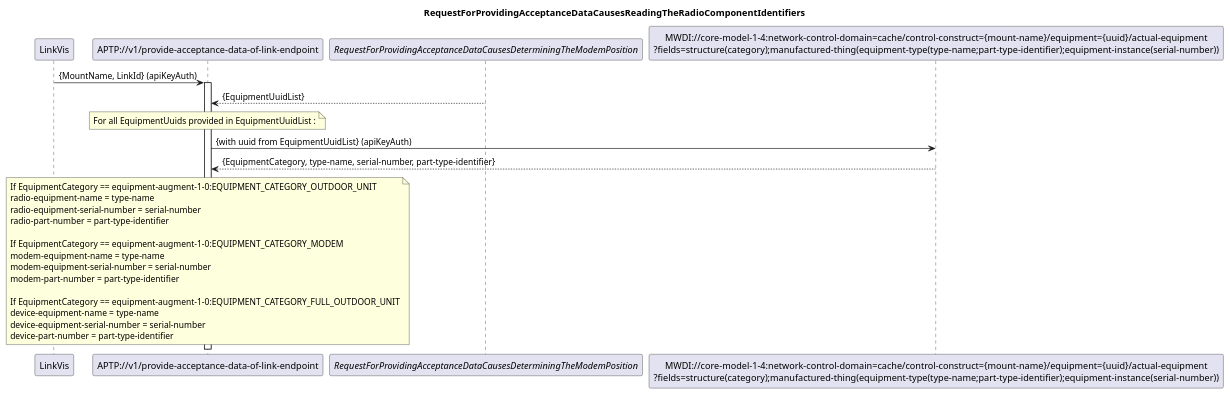
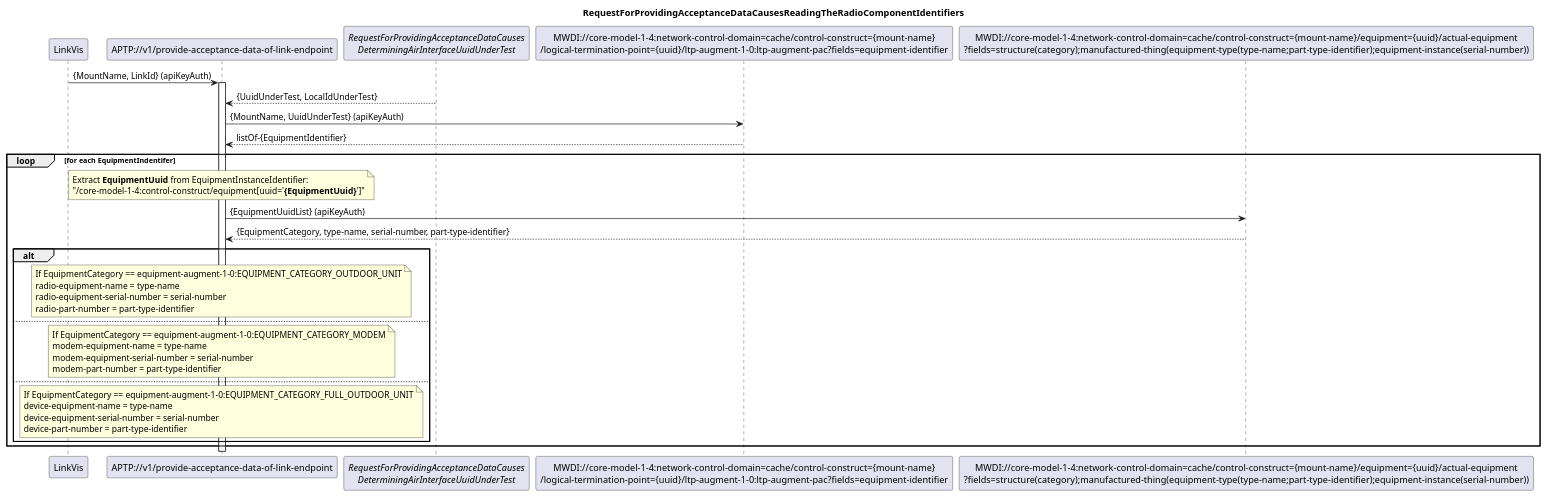
One commit to openBackhaul/AccessPlanningToolProxy changed the diagram in spec/diagrams/ProvideAcceptanceDataOfLinkEndpoint/160_radioComponentIdentifiers.plantuml. Above: the diagram before and after it, drawn with PlantUML. The commit also changed 3 other files, not shown here.

Commit message:
Replace deprecated ONF equipment leafrefs with equivalent instanceIdentifiers at ReadingTheRadioComponentIdentifiers

```diff
--- a/spec/diagrams/ProvideAcceptanceDataOfLinkEndpoint/160_radioComponentIdentifiers.plantuml
+++ b/spec/diagrams/ProvideAcceptanceDataOfLinkEndpoint/160_radioComponentIdentifiers.plantuml
@@ -1,42 +1,57 @@
 @startuml 160_radioComponentIdentifiers
 skinparam responseMessageBelowArrow true
 
 title
 RequestForProvidingAcceptanceDataCausesReadingTheRadioComponentIdentifiers
 end title
 
 participant "LinkVis" as LinkVis
 participant "APTP://v1/provide-acceptance-data-of-link-endpoint" as APTP
-participant "<i>RequestForProvidingAcceptanceDataCausesDeterminingTheModemPosition</i>" as EquipmentUuid
+participant "<i>RequestForProvidingAcceptanceDataCauses\n<i>DeterminingAirInterfaceUuidUnderTest</i>" as AirInterface
+participant "MWDI://core-model-1-4:network-control-domain=cache/control-construct={mount-name}\n/logical-termination-point={uuid}/ltp-augment-1-0:ltp-augment-pac?fields=equipment-identifier" as EquipmentIdentifier
 participant "MWDI://core-model-1-4:network-control-domain=cache/control-construct={mount-name}/equipment={uuid}/actual-equipment\n?fields=structure(category);manufactured-thing(equipment-type(type-name;part-type-identifier);equipment-instance(serial-number))" as RadioComponentIdentifiers
 
 LinkVis -> APTP: {MountName, LinkId} (apiKeyAuth)
 activate APTP
 
-EquipmentUuid --> APTP: {EquipmentUuidList}
+AirInterface --> APTP: {UuidUnderTest, LocalIdUnderTest}
 
-note over APTP
-For all EquipmentUuids provided in EquipmentUuidList :
-end note
+APTP -> EquipmentIdentifier: {MountName, UuidUnderTest} (apiKeyAuth)
+EquipmentIdentifier --> APTP: listOf-{EquipmentIdentifier}
 
-APTP -> RadioComponentIdentifiers: {with uuid from EquipmentUuidList} (apiKeyAuth)
-RadioComponentIdentifiers --> APTP: {EquipmentCategory, type-name, serial-number, part-type-identifier}
+loop for each EquipmentIndentifer
 
-note over APTP
-If EquipmentCategory == equipment-augment-1-0:EQUIPMENT_CATEGORY_OUTDOOR_UNIT
-radio-equipment-name = type-name
-radio-equipment-serial-number = serial-number
-radio-part-number = part-type-identifier
+    note over APTP
+        Extract **EquipmentUuid** from EquipmentInstanceIdentifier:
+        "/core-model-1-4:control-construct/equipment[uuid='**{EquipmentUuid}**']"
+    end note
 
-If EquipmentCategory == equipment-augment-1-0:EQUIPMENT_CATEGORY_MODEM
-modem-equipment-name = type-name
-modem-equipment-serial-number = serial-number
-modem-part-number = part-type-identifier
+    APTP -> RadioComponentIdentifiers: {EquipmentUuidList} (apiKeyAuth)
+    RadioComponentIdentifiers --> APTP: {EquipmentCategory, type-name, serial-number, part-type-identifier}
 
-If EquipmentCategory == equipment-augment-1-0:EQUIPMENT_CATEGORY_FULL_OUTDOOR_UNIT
-device-equipment-name = type-name
-device-equipment-serial-number = serial-number
-device-part-number = part-type-identifier
-end note
+    alt 
+            note over APTP
+                If EquipmentCategory == equipment-augment-1-0:EQUIPMENT_CATEGORY_OUTDOOR_UNIT
+                radio-equipment-name = type-name
+                radio-equipment-serial-number = serial-number
+                radio-part-number = part-type-identifier
+            end note
+    else        
+            note over APTP
+                If EquipmentCategory == equipment-augment-1-0:EQUIPMENT_CATEGORY_MODEM
+                modem-equipment-name = type-name
+                modem-equipment-serial-number = serial-number
+                modem-part-number = part-type-identifier
+            end note
+    else
+            note over APTP
+                If EquipmentCategory == equipment-augment-1-0:EQUIPMENT_CATEGORY_FULL_OUTDOOR_UNIT
+                device-equipment-name = type-name
+                device-equipment-serial-number = serial-number
+                device-part-number = part-type-identifier
+            end note
+    end alt
+end loop
+
 
 @enduml
```
